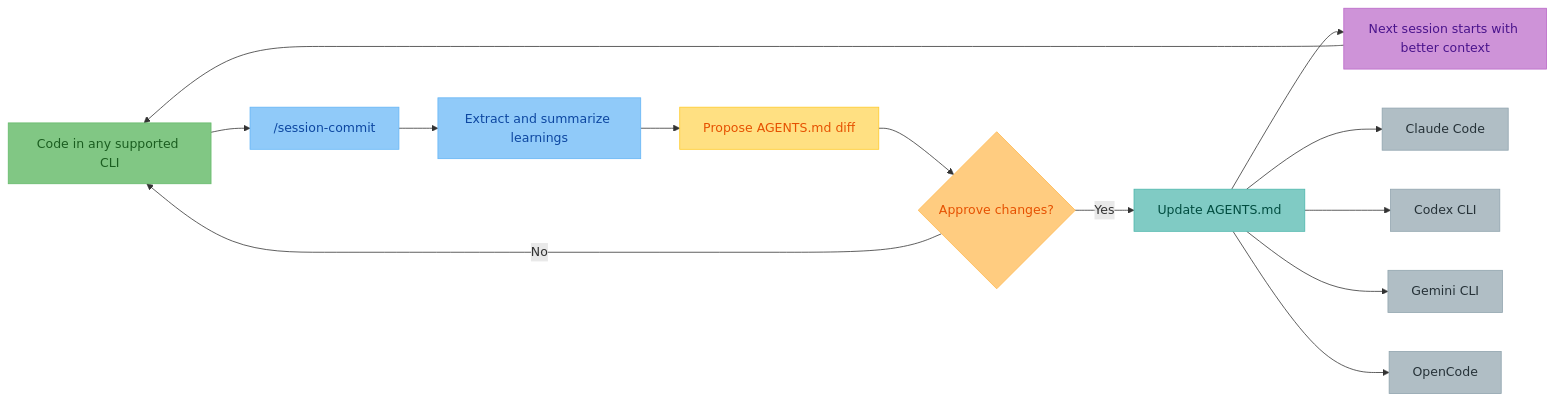
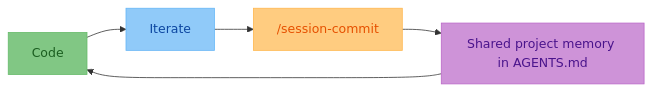
The first of 2 diagrams in README.md (Olshansk/agent-md), drawn with Mermaid before and after one commit.

Commit message:
Update diagram

````diff
--- a/README.md
+++ b/README.md
@@ -187,23 +187,12 @@
 ```mermaid
 flowchart LR
-    A["Code in any supported CLI"]:::work --> B["/session-commit"]:::run
-    B --> C["Extract and summarize learnings"]:::run
-    C --> D["Propose AGENTS.md diff"]:::review
-    D --> E{"Approve changes?"}:::gate
-    E -->|Yes| F["Update AGENTS.md"]:::commit
-    E -->|No| A
-    F --> G["Next session starts with better context"]:::value
-    G --> A
-    F --> H["Claude Code"]:::tool
-    F --> I["Codex CLI"]:::tool
-    F --> J["Gemini CLI"]:::tool
-    F --> K["OpenCode"]:::tool
+    A["Code"]:::work --> B["Iterate"]:::run
+    B --> C["/session-commit"]:::review
+    C --> D["Shared project memory in AGENTS.md"]:::value
+    D --> A
 
     classDef work fill:#81C784,color:#1B5E20,stroke:#66BB6A
     classDef run fill:#90CAF9,color:#0D47A1,stroke:#64B5F6
-    classDef review fill:#FFE082,color:#E65100,stroke:#FFCA28
-    classDef gate fill:#FFCC80,color:#E65100,stroke:#FFB74D
-    classDef commit fill:#80CBC4,color:#004D40,stroke:#4DB6AC
+    classDef review fill:#FFCC80,color:#E65100,stroke:#FFB74D
     classDef value fill:#CE93D8,color:#4A148C,stroke:#BA68C8
-    classDef tool fill:#B0BEC5,color:#263238,stroke:#90A4AE
 ```
````
